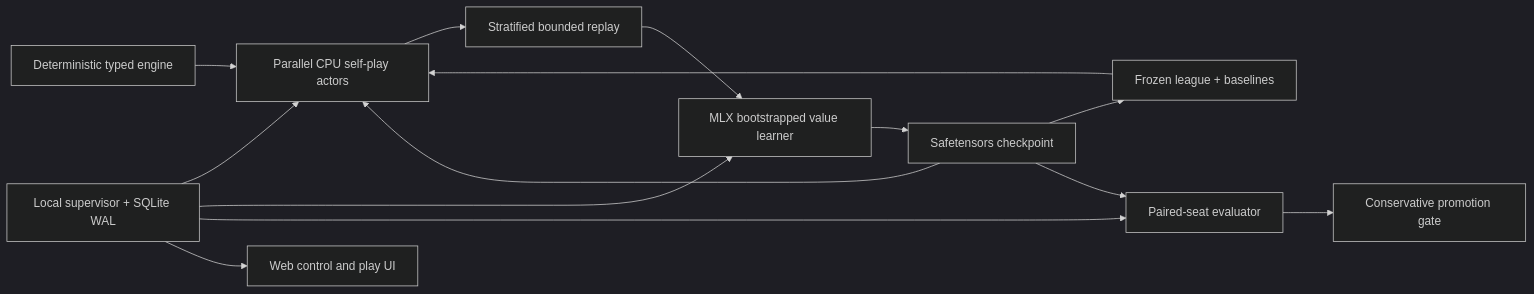
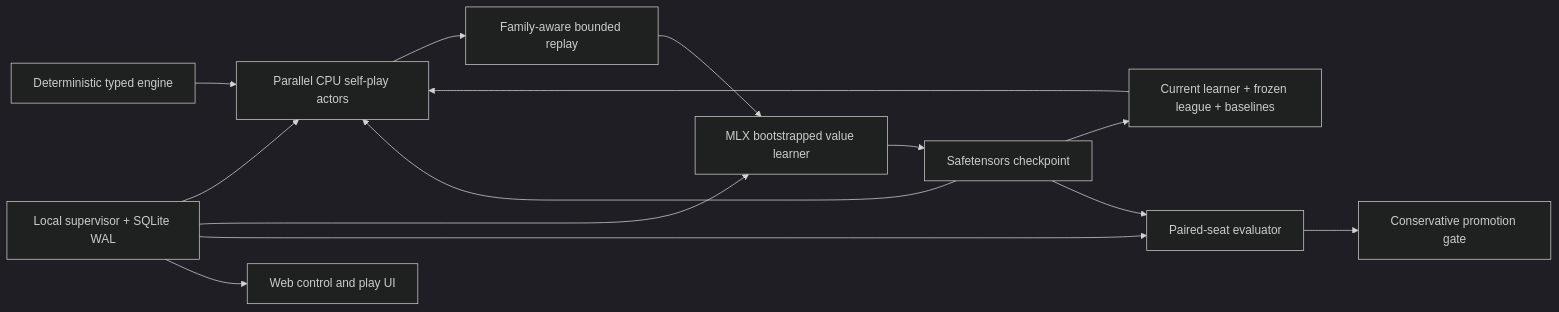
The diagram in astrosynapse2/docs/DESIGN.md (saunders77/astrosynapse), drawn with Mermaid (dark theme) before and after one commit. The commit also changed other lines of this file and 38 other files, not shown here.

````diff
--- a/astrosynapse2/docs/DESIGN.md
+++ b/astrosynapse2/docs/DESIGN.md
@@ -22,16 +24,16 @@
 ```mermaid
 flowchart LR
     E[Deterministic typed engine] --> A[Parallel CPU self-play actors]
-    L[Frozen league + baselines] --> A
-    A --> R[Stratified bounded replay]
+    L[Current learner + frozen league + baselines] --> A
+    A --> R[Family-aware bounded replay]
     R --> M[MLX bootstrapped value learner]
     M --> C[Safetensors checkpoint]
     C --> L
     C --> A
     C --> V[Paired-seat evaluator]
     V --> G[Conservative promotion gate]
     S[Local supervisor + SQLite WAL] --> A
     S --> M
     S --> V
     S --> U[Web control and play UI]
 ```
````
